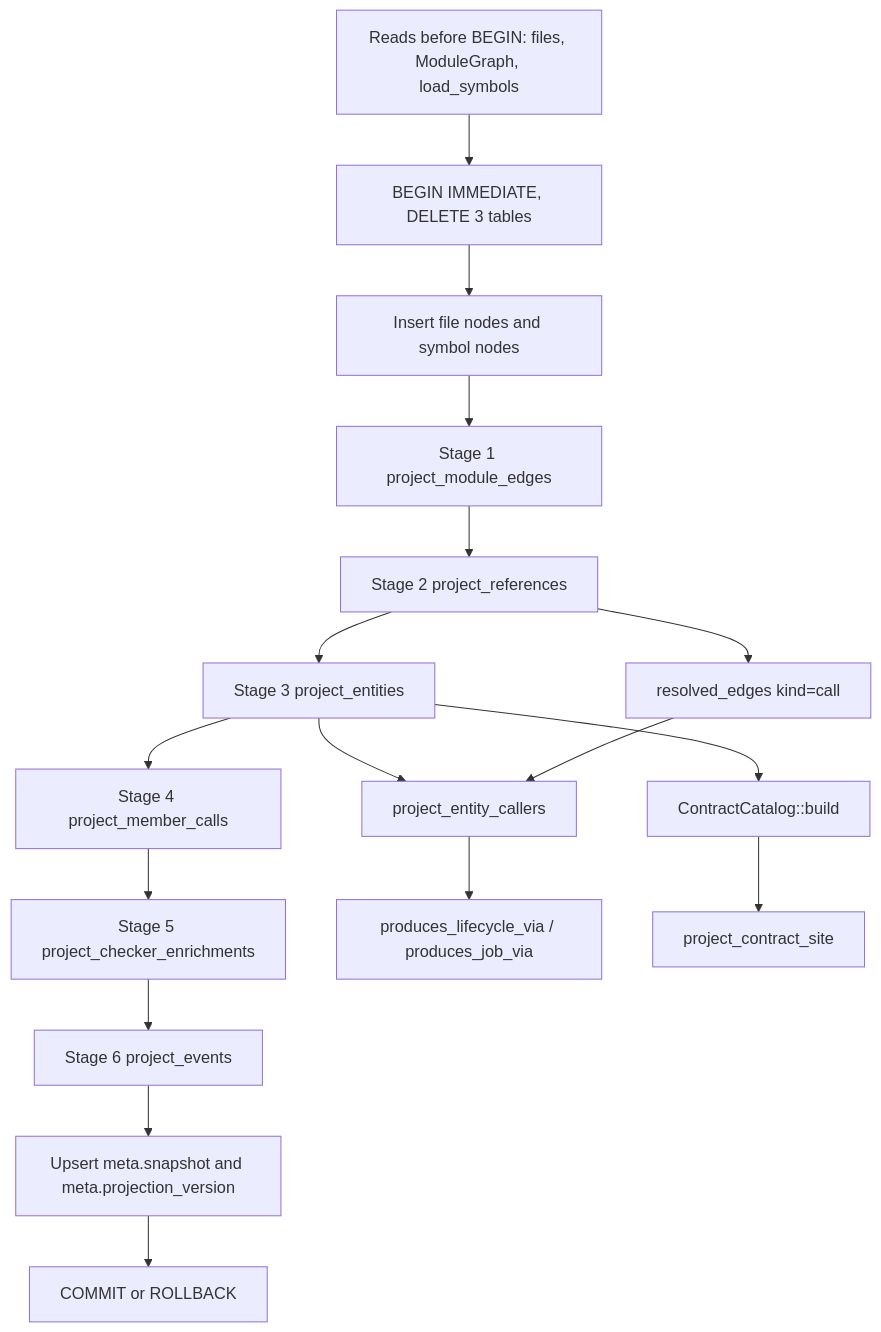
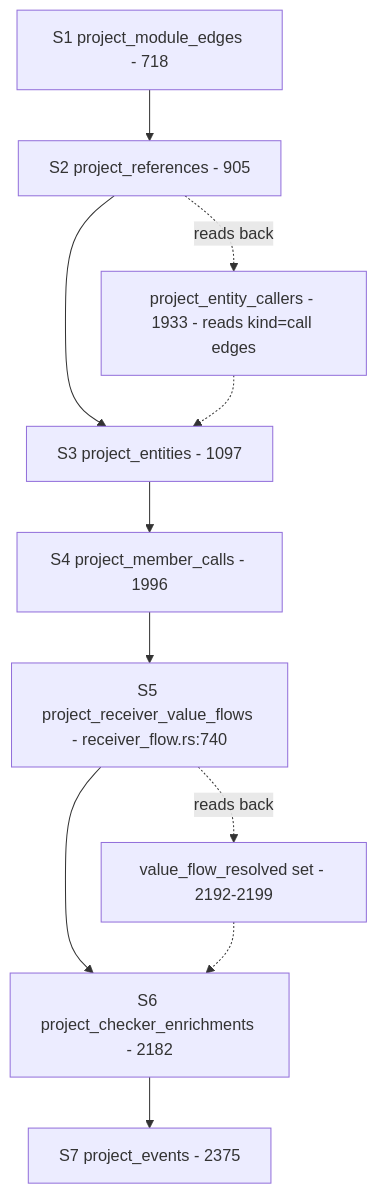
The second of 2 diagrams in docs/codebase-analysis/03-structural-extraction.md (iantocristian/jscout), drawn with Mermaid before and after one commit. The commit also changed other lines of this file and 33 other files, not shown here.

````diff
--- a/docs/codebase-analysis/03-structural-extraction.md
+++ b/docs/codebase-analysis/03-structural-extraction.md
@@ -132,19 +88,18 @@
 ```mermaid
 flowchart TD
-  READ["Reads before BEGIN: files, ModuleGraph, load_symbols"] --> TX["BEGIN IMMEDIATE, DELETE 3 tables"]
-  TX --> NODES["Insert file nodes and symbol nodes"]
-  NODES --> S1["Stage 1 project_module_edges"]
-  S1 --> S2["Stage 2 project_references"]
-  S2 --> S3["Stage 3 project_entities"]
-  S3 --> S4["Stage 4 project_member_calls"]
-  S4 --> S5["Stage 5 project_checker_enrichments"]
-  S5 --> S6["Stage 6 project_events"]
-  S6 --> META["Upsert meta.snapshot and meta.projection_version"]
-  META --> COMMIT["COMMIT or ROLLBACK"]
-  S2 --> CALLEDGES["resolved_edges kind=call"]
-  S3 --> PEC["project_entity_callers"]
-  CALLEDGES --> PEC
-  PEC --> VIA["produces_lifecycle_via / produces_job_via"]
-  S3 --> CAT["ContractCatalog::build"]
-  CAT --> PCS["project_contract_site"]
+    S1["S1 project_module_edges - 718"]
+    S2["S2 project_references - 905"]
+    S3["S3 project_entities - 1097"]
+    S4["S4 project_member_calls - 1996"]
+    S5["S5 project_receiver_value_flows - receiver_flow.rs:740"]
+    S6["S6 project_checker_enrichments - 2182"]
+    S7["S7 project_events - 2375"]
+    CALLERS["project_entity_callers - 1933 - reads kind=call edges"]
+    SUPPRESS["value_flow_resolved set - 2192-2199"]
+
+    S1 --> S2 --> S3 --> S4 --> S5 --> S6 --> S7
+    S2 -.->|"reads back"| CALLERS
+    CALLERS -.-> S3
+    S5 -.->|"reads back"| SUPPRESS
+    SUPPRESS -.-> S6
 ```
````
